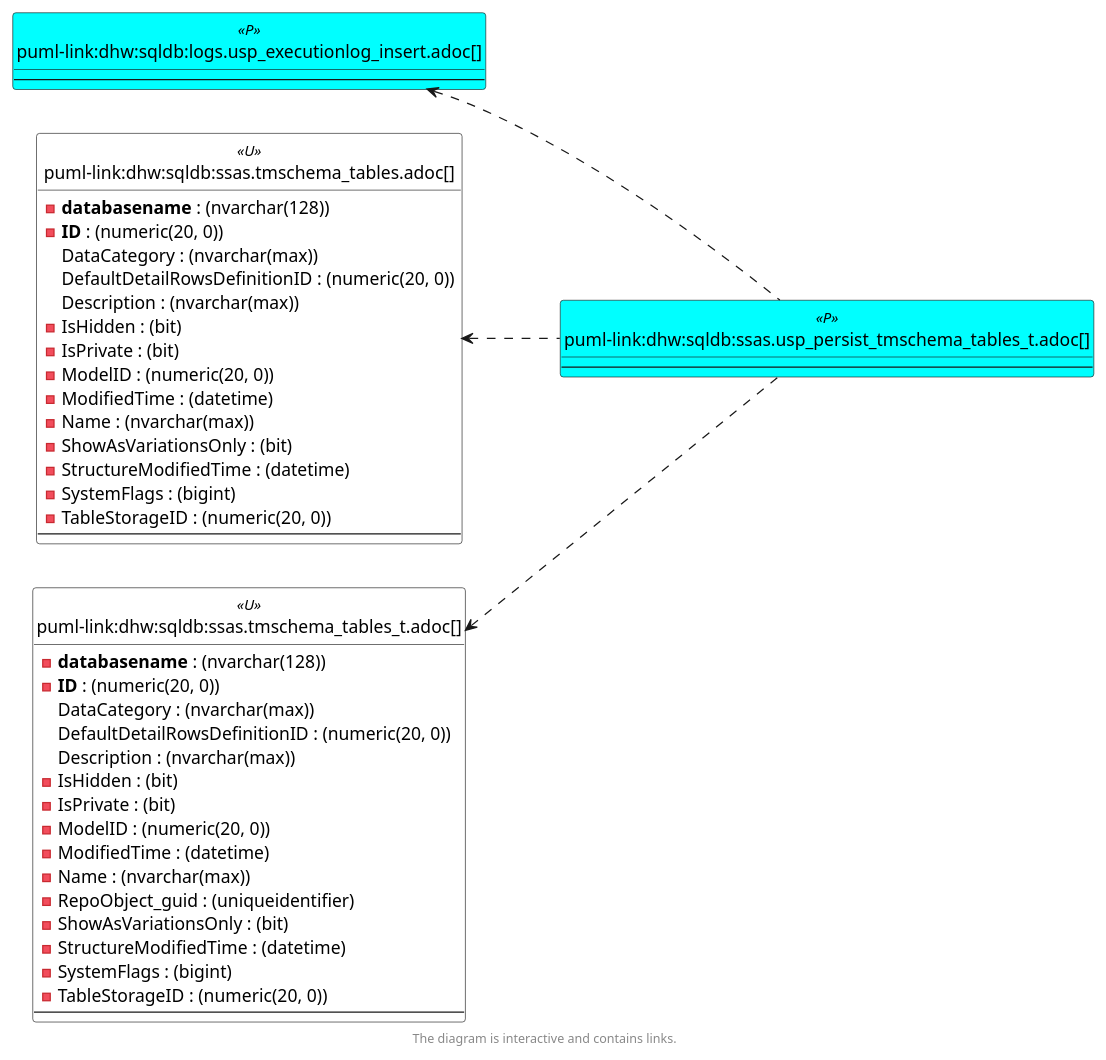
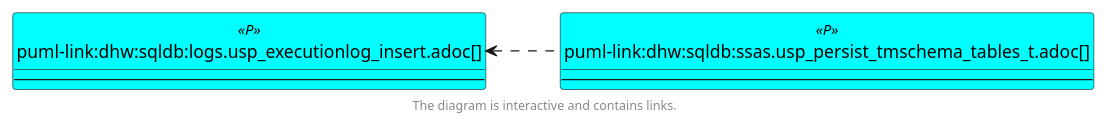
One commit to DataHandwerk/dhw-antora-sqldb changed the sixth of 6 diagrams in docs/modules/sqldb/partials/content/ssas.usp_persist_tmschema_tables_t.adoc. Above: the diagram before and after it, drawn with PlantUML. The commit also changed other lines of this file and 751 other files, not shown here.

```diff
--- a/docs/modules/sqldb/partials/content/ssas.usp_persist_tmschema_tables_t.adoc
+++ b/docs/modules/sqldb/partials/content/ssas.usp_persist_tmschema_tables_t.adoc
@@ -869,50 +835,11 @@
   --
 }
 
-entity "puml-link:dhw:sqldb:ssas.tmschema_tables.adoc[]" as ssas.TMSCHEMA_TABLES << U >> {
-  - **databasename** : (nvarchar(128))
-  - **ID** : (numeric(20, 0))
-  DataCategory : (nvarchar(max))
-  DefaultDetailRowsDefinitionID : (numeric(20, 0))
-  Description : (nvarchar(max))
-  - IsHidden : (bit)
-  - IsPrivate : (bit)
-  - ModelID : (numeric(20, 0))
-  - ModifiedTime : (datetime)
-  - Name : (nvarchar(max))
-  - ShowAsVariationsOnly : (bit)
-  - StructureModifiedTime : (datetime)
-  - SystemFlags : (bigint)
-  - TableStorageID : (numeric(20, 0))
-  --
-}
-
-entity "puml-link:dhw:sqldb:ssas.tmschema_tables_t.adoc[]" as ssas.TMSCHEMA_TABLES_T << U >> {
-  - **databasename** : (nvarchar(128))
-  - **ID** : (numeric(20, 0))
-  DataCategory : (nvarchar(max))
-  DefaultDetailRowsDefinitionID : (numeric(20, 0))
-  Description : (nvarchar(max))
-  - IsHidden : (bit)
-  - IsPrivate : (bit)
-  - ModelID : (numeric(20, 0))
-  - ModifiedTime : (datetime)
-  - Name : (nvarchar(max))
-  - RepoObject_guid : (uniqueidentifier)
-  - ShowAsVariationsOnly : (bit)
-  - StructureModifiedTime : (datetime)
-  - SystemFlags : (bigint)
-  - TableStorageID : (numeric(20, 0))
-  --
-}
-
 entity "puml-link:dhw:sqldb:ssas.usp_persist_tmschema_tables_t.adoc[]" as ssas.usp_PERSIST_TMSCHEMA_TABLES_T << P >> {
   --
 }
 
 logs.usp_ExecutionLog_insert <.. ssas.usp_PERSIST_TMSCHEMA_TABLES_T
-ssas.TMSCHEMA_TABLES <.. ssas.usp_PERSIST_TMSCHEMA_TABLES_T
-ssas.TMSCHEMA_TABLES_T <.. ssas.usp_PERSIST_TMSCHEMA_TABLES_T
 
 
 footer The diagram is interactive and contains links.
```
